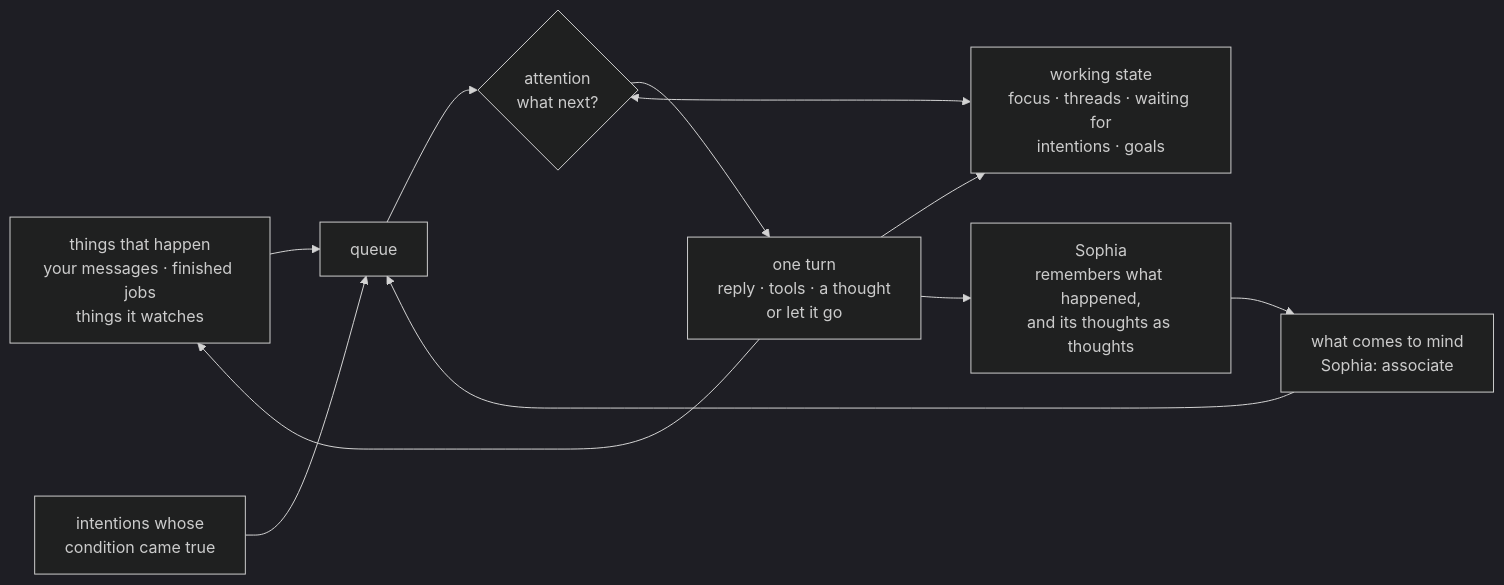
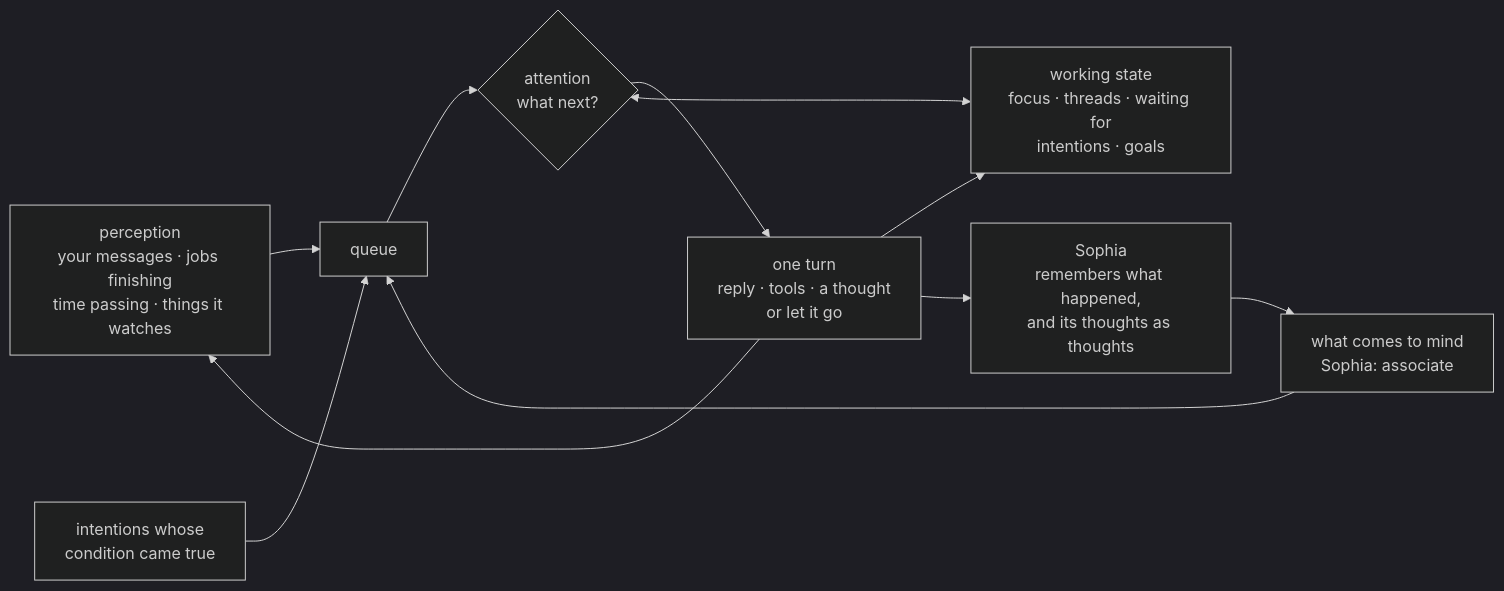
Before and after one commit to jbpayton/hermes-sophia: the diagram in docs/CONTINUITY.md, drawn with Mermaid (dark theme). The commit also changed other lines of this file, not shown here.

First line of the commit message:
Continuity: perception drives the loop, and Sophia's review

````diff
--- a/docs/CONTINUITY.md
+++ b/docs/CONTINUITY.md
@@ -48,13 +80,13 @@
 ```mermaid
 flowchart LR
-  E["things that happen<br/>your messages · finished jobs<br/>things it watches"] --> Q["queue"]
+  E["perception<br/>your messages · jobs finishing<br/>time passing · things it watches"] --> Q["queue"]
   A["what comes to mind<br/>Sophia: associate"] --> Q
   I["intentions whose<br/>condition came true"] --> Q
   Q --> T{"attention<br/>what next?"}
   W["working state<br/>focus · threads · waiting for<br/>intentions · goals"] <--> T
   T --> S["one turn<br/>reply · tools · a thought<br/>or let it go"]
   S --> E
   S --> W
   S --> M["Sophia<br/>remembers what happened,<br/>and its thoughts as thoughts"]
   M --> A
 ```
````
